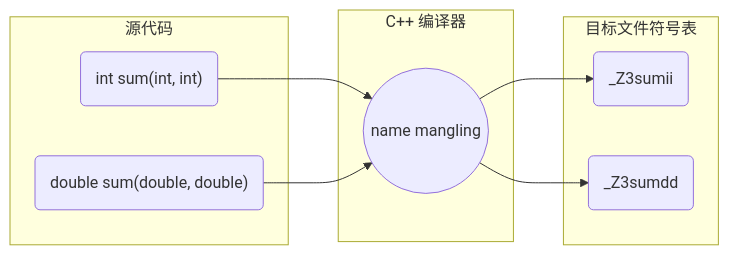
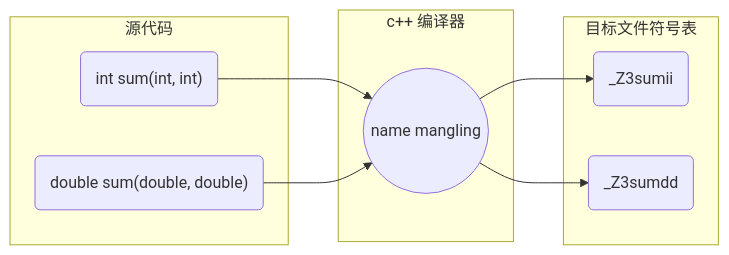
The first of 2 diagrams in _posts/c_c++/c++/2024-11-07-name mangling.md (dmjcb/dmjcb.github.io), drawn with Mermaid before and after one commit. The commit also changed other lines of this file and 19 other files, not shown here.

````diff
--- a/_posts/c_c++/c++/2024-11-07-name mangling.md
+++ b/_posts/c_c++/c++/2024-11-07-name mangling.md
@@ -19,17 +19,17 @@
 ```mermaid
 graph LR
     subgraph 源代码
         A1("int sum(int, int)")
         A2("double sum(double, double)")
     end
-    subgraph C++ 编译器
+    subgraph c++ 编译器
         B((name mangling))
     end
     subgraph 目标文件符号表
         C1("_Z3sumii")
         C2("_Z3sumdd")
     end
 
     A1 --> B --> C1
     A2 --> B --> C2
 ```
````
